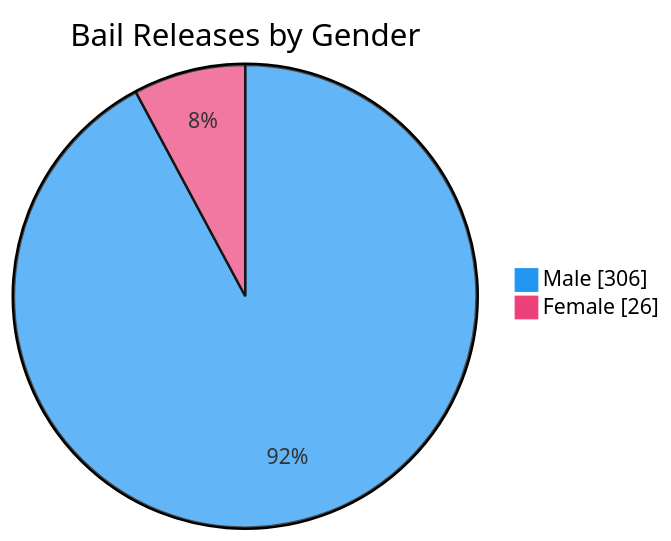
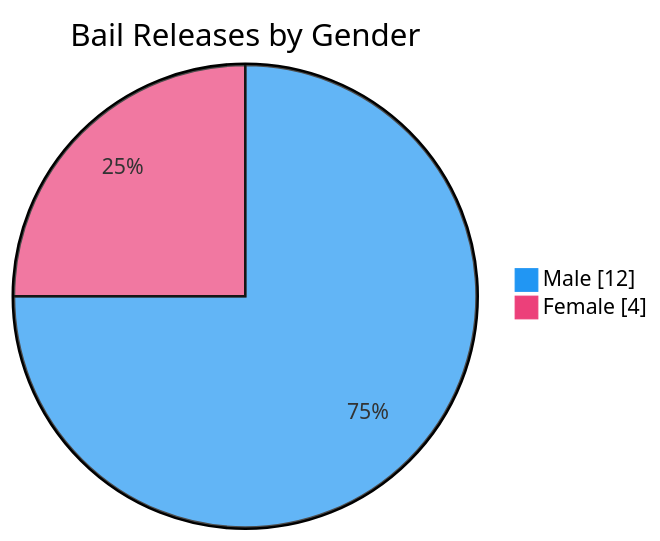
Before and after one commit to nuuuwan/lk_prisons: the seventh of 7 diagrams in README.md, drawn with Mermaid. The commit also changed other lines of this file and 1 other file, not shown here.

````diff
--- a/README.md
+++ b/README.md
@@ -109,6 +109,6 @@
 ```mermaid
 %%{init: {'themeVariables': {'pie1': '#2196F3', 'pie2': '#EC407A'}}}%%
 pie showData title Bail Releases by Gender
-    "Male" : 306
-    "Female" : 26
+    "Male" : 12
+    "Female" : 4
 ```
````
